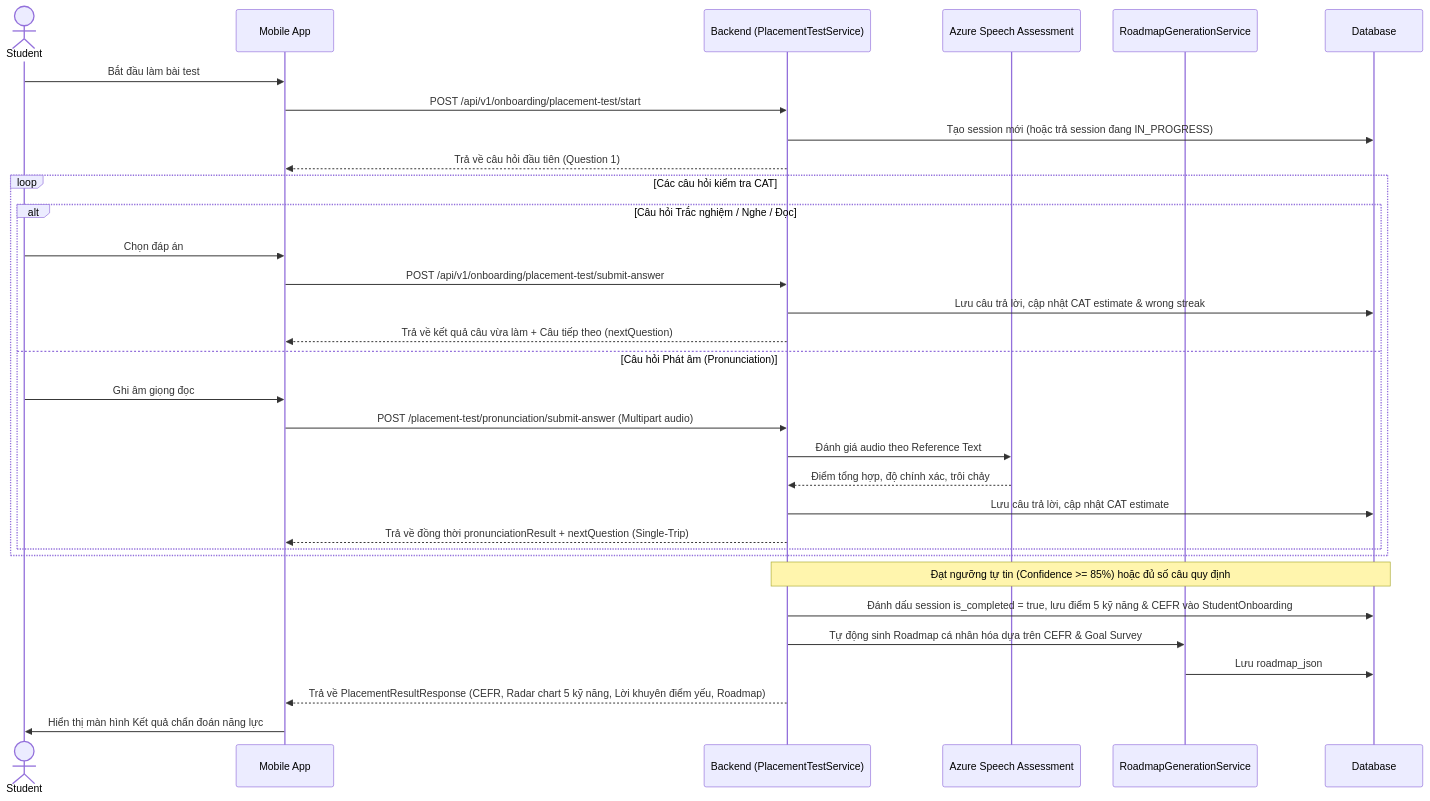
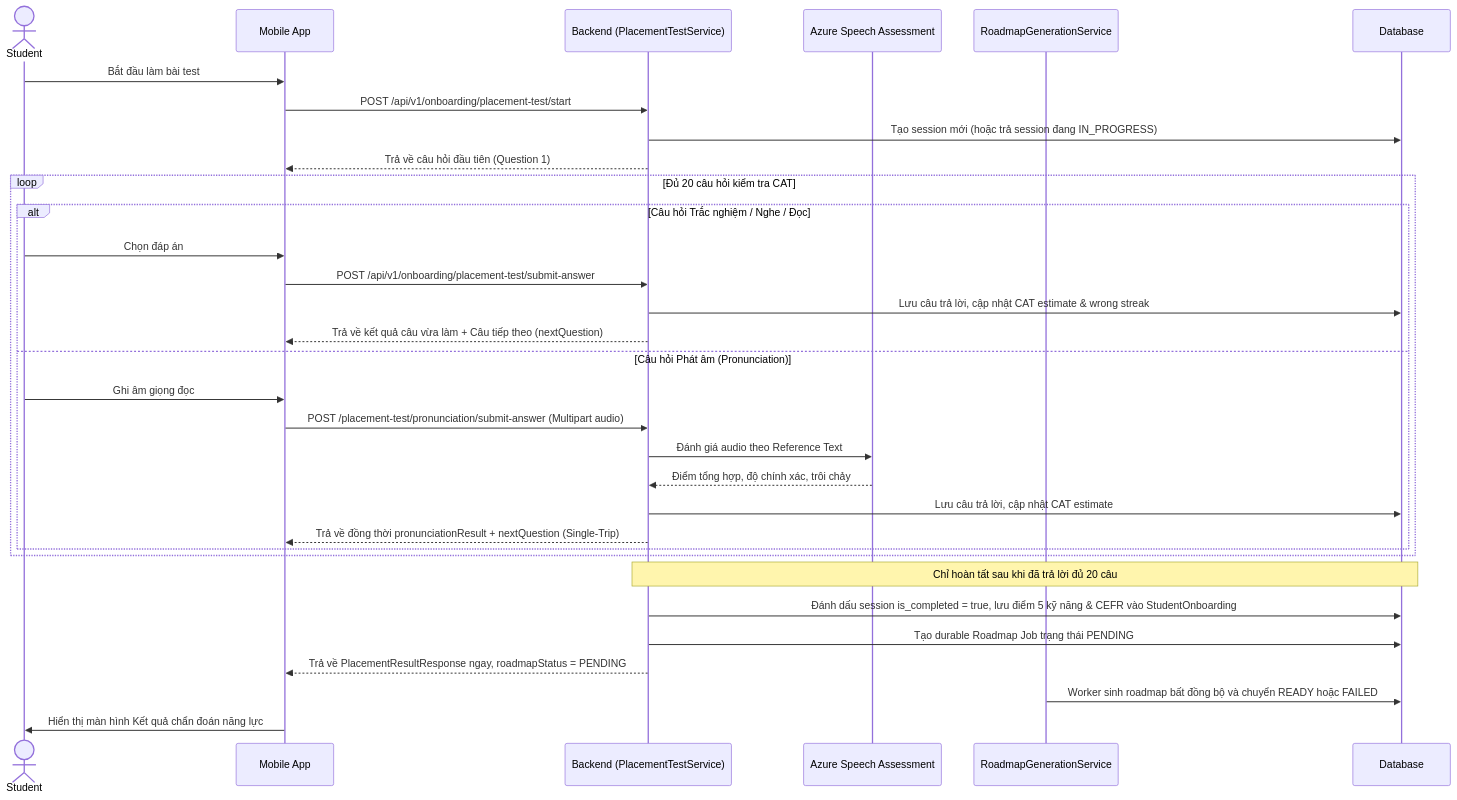
The third of 4 diagrams in docs/module_0/flow.md (Son-COC-145/english-ed-backend), drawn with Mermaid before and after one commit. The commit also changed other lines of this file and 21 other files, not shown here.

Commit message:
feat(onboarding): harden goal survey and roadmap lifecycle

````diff
--- a/docs/module_0/flow.md
+++ b/docs/module_0/flow.md
@@ -173,40 +188,40 @@
 ```mermaid
 sequenceDiagram
     actor Student
     participant App as Mobile App
     participant BE as Backend (PlacementTestService)
     participant Azure as Azure Speech Assessment
     participant Roadmap as RoadmapGenerationService
     participant DB as Database
 
     %% Khởi tạo hoặc Resume
     Student->>App: Bắt đầu làm bài test
     App->>BE: POST /api/v1/onboarding/placement-test/start
     BE->>DB: Tạo session mới (hoặc trả session đang IN_PROGRESS)
     BE-->>App: Trả về câu hỏi đầu tiên (Question 1)
 
     %% Vòng lặp làm bài (Trắc nghiệm hoặc Phát âm)
-    loop Các câu hỏi kiểm tra CAT
+    loop Đủ 20 câu hỏi kiểm tra CAT
         alt Câu hỏi Trắc nghiệm / Nghe / Đọc
             Student->>App: Chọn đáp án
             App->>BE: POST /api/v1/onboarding/placement-test/submit-answer
             BE->>DB: Lưu câu trả lời, cập nhật CAT estimate & wrong streak
             BE-->>App: Trả về kết quả câu vừa làm + Câu tiếp theo (nextQuestion)
         else Câu hỏi Phát âm (Pronunciation)
             Student->>App: Ghi âm giọng đọc
             App->>BE: POST /placement-test/pronunciation/submit-answer (Multipart audio)
             BE->>Azure: Đánh giá audio theo Reference Text
             Azure-->>BE: Điểm tổng hợp, độ chính xác, trôi chảy
             BE->>DB: Lưu câu trả lời, cập nhật CAT estimate
             BE-->>App: Trả về đồng thời pronunciationResult + nextQuestion (Single-Trip)
         end
     end
 
     %% Hoàn tất bài test
-    Note over BE,DB: Đạt ngưỡng tự tin (Confidence >= 85%) hoặc đủ số câu quy định
+    Note over BE,DB: Chỉ hoàn tất sau khi đã trả lời đủ 20 câu
     BE->>DB: Đánh dấu session is_completed = true, lưu điểm 5 kỹ năng & CEFR vào StudentOnboarding
-    BE->>Roadmap: Tự động sinh Roadmap cá nhân hóa dựa trên CEFR & Goal Survey
-    Roadmap->>DB: Lưu roadmap_json
-    BE-->>App: Trả về PlacementResultResponse (CEFR, Radar chart 5 kỹ năng, Lời khuyên điểm yếu, Roadmap)
+    BE->>DB: Tạo durable Roadmap Job trạng thái PENDING
+    BE-->>App: Trả về PlacementResultResponse ngay, roadmapStatus = PENDING
+    Roadmap->>DB: Worker sinh roadmap bất đồng bộ và chuyển READY hoặc FAILED
     App->>Student: Hiển thị màn hình Kết quả chẩn đoán năng lực
 ```
````
